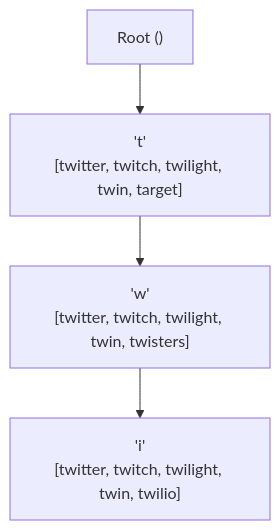
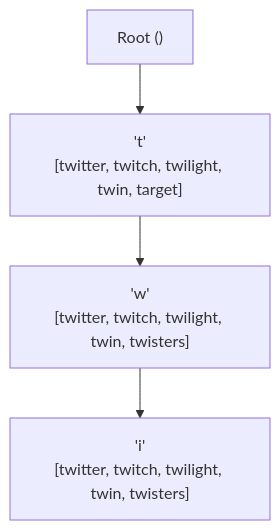
One commit to abhinnaagrawal/system-design-notes changed the first of 4 diagrams in 13. Search Autocomplete/Readme.md. Above: the diagram before and after it, drawn with Mermaid. The commit also changed other lines of this file and 8 other files, not shown here.

````diff
--- a/13. Search Autocomplete/Readme.md
+++ b/13. Search Autocomplete/Readme.md
@@ -189,11 +171,11 @@
 ```mermaid
 graph TD
     Root["Root ()"]
     T["'t'<br/>[twitter, twitch, twilight, twin, target]"]
     W["'w'<br/>[twitter, twitch, twilight, twin, twisters]"]
-    I["'i'<br/>[twitter, twitch, twilight, twin, twilio]"]
+    I["'i'<br/>[twitter, twitch, twilight, twin, twisters]"]
     
     Root --> T
     T --> W
     W --> I
 ```
````
